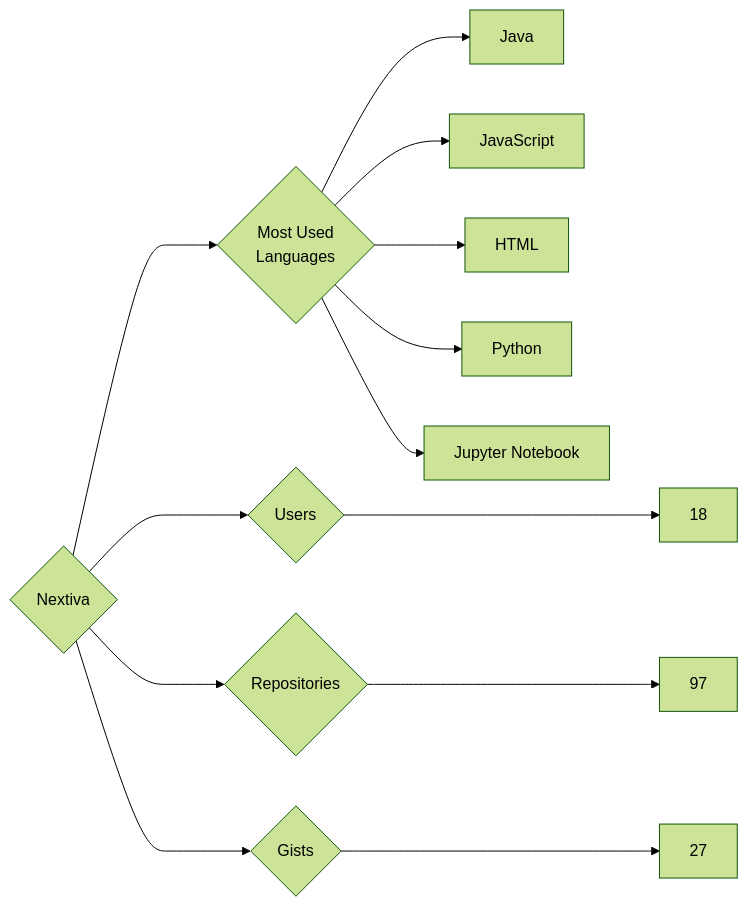
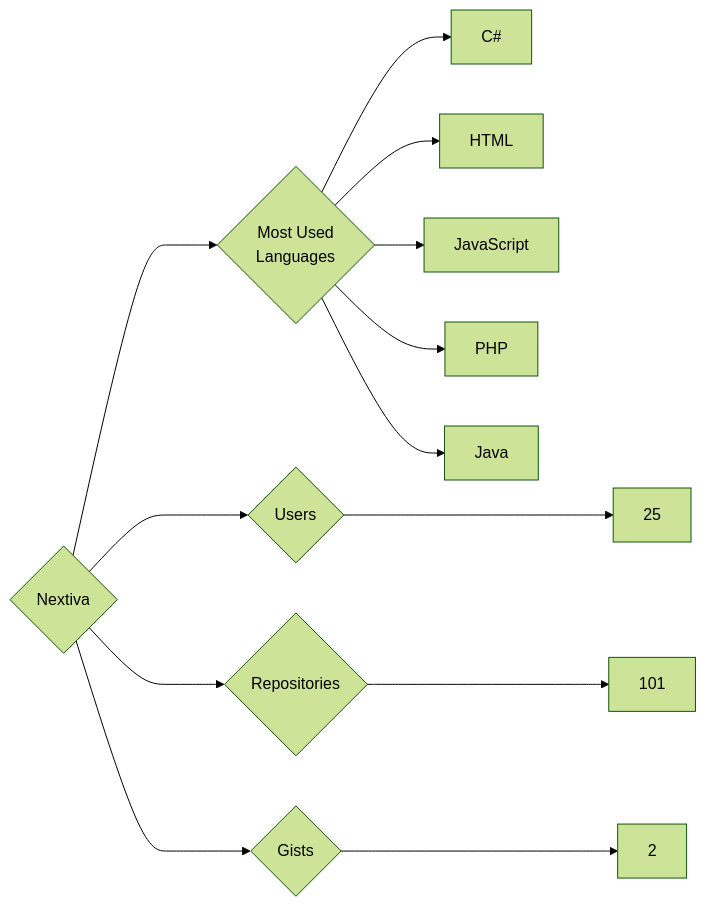
The diagram in targets/Nextiva/README.md (trickest/insiders), drawn with Mermaid (forest theme) before and after one commit. The commit also changed 976 other files, not shown here.

````diff
--- a/targets/Nextiva/README.md
+++ b/targets/Nextiva/README.md
@@ -3,13 +3,13 @@
 ```mermaid
 graph LR
 COMPANY_NAME{Nextiva}
-COMPANY_NAME ---> U{Users} ---> UN[18]
-COMPANY_NAME ---> R{Repositories} ---> RN[97]
-COMPANY_NAME ---> G{Gists} ---> GN[27]
+COMPANY_NAME ---> U{Users} ---> UN[25]
+COMPANY_NAME ---> R{Repositories} ---> RN[101]
+COMPANY_NAME ---> G{Gists} ---> GN[2]
 COMPANY_NAME ---> ML{Most Used<br>Languages}
+ML --> C#[C#]
+ML --> HTML[HTML]
+ML --> JavaScript[JavaScript]
+ML --> PHP[PHP]
 ML --> Java[Java]
-ML --> JavaScript[JavaScript]
-ML --> HTML[HTML]
-ML --> Python[Python]
-ML --> Jupyter_Notebook[Jupyter Notebook]
 ```
````
